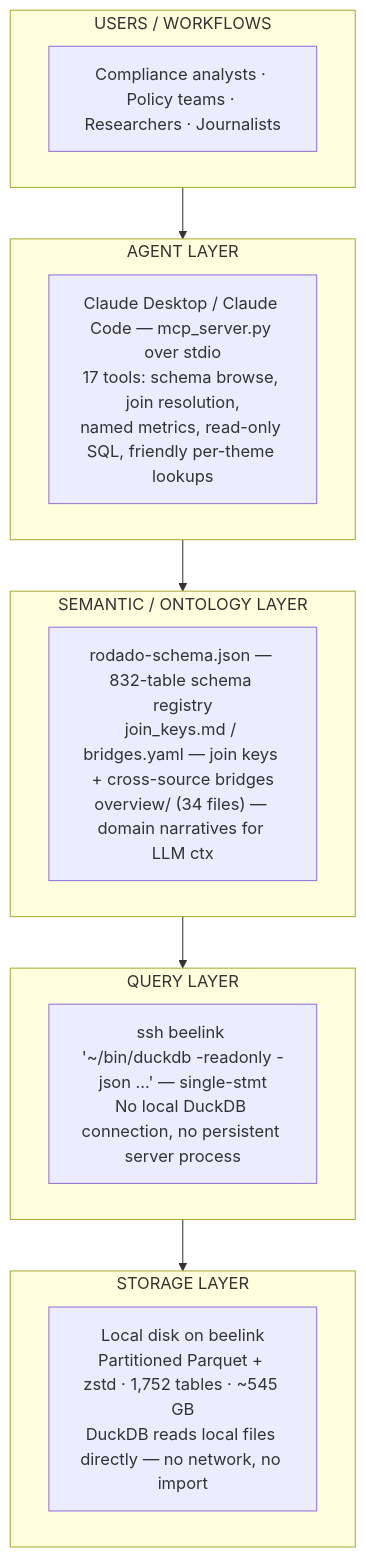
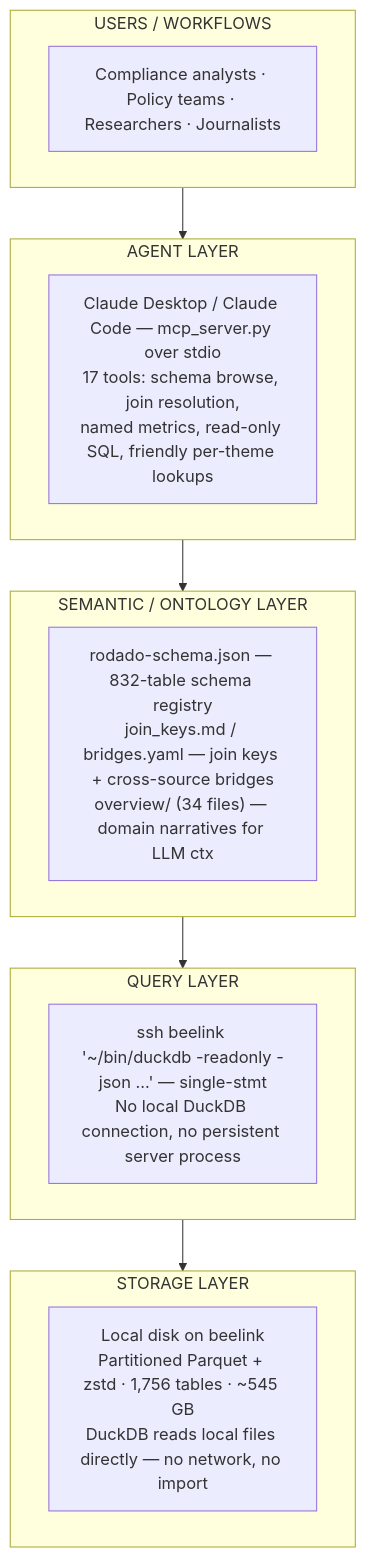
Before and after one commit to rafapolo/rodado: the second of 3 diagrams in docs/tecnico/TECHNICAL.md, drawn with Mermaid. The commit also changed other lines of this file and 27 other files, not shown here.

````diff
--- a/docs/tecnico/TECHNICAL.md
+++ b/docs/tecnico/TECHNICAL.md
@@ -178,20 +178,20 @@
 ```mermaid
 flowchart TD
     subgraph USERS["USERS / WORKFLOWS"]
         U["Compliance analysts · Policy teams · Researchers · Journalists"]
     end
     subgraph AGENT["AGENT LAYER"]
         A["Claude Desktop / Claude Code — mcp_server.py over stdio<br/>17 tools: schema browse, join resolution,<br/>named metrics, read-only SQL, friendly per-theme lookups"]
     end
     subgraph SEMANTIC["SEMANTIC / ONTOLOGY LAYER"]
         S["rodado-schema.json — 832-table schema registry<br/>join_keys.md / bridges.yaml — join keys + cross-source bridges<br/>overview/ (34 files) — domain narratives for LLM ctx"]
     end
     subgraph QUERY["QUERY LAYER"]
         Q["ssh beelink '~/bin/duckdb -readonly -json ...' — single-stmt<br/>No local DuckDB connection, no persistent server process"]
     end
     subgraph STORAGE["STORAGE LAYER"]
-        ST["Local disk on beelink<br/>Partitioned Parquet + zstd · 1,752 tables · ~545 GB<br/>DuckDB reads local files directly — no network, no import"]
+        ST["Local disk on beelink<br/>Partitioned Parquet + zstd · 1,756 tables · ~545 GB<br/>DuckDB reads local files directly — no network, no import"]
     end
 
     USERS --> AGENT --> SEMANTIC --> QUERY --> STORAGE
 ```
````
